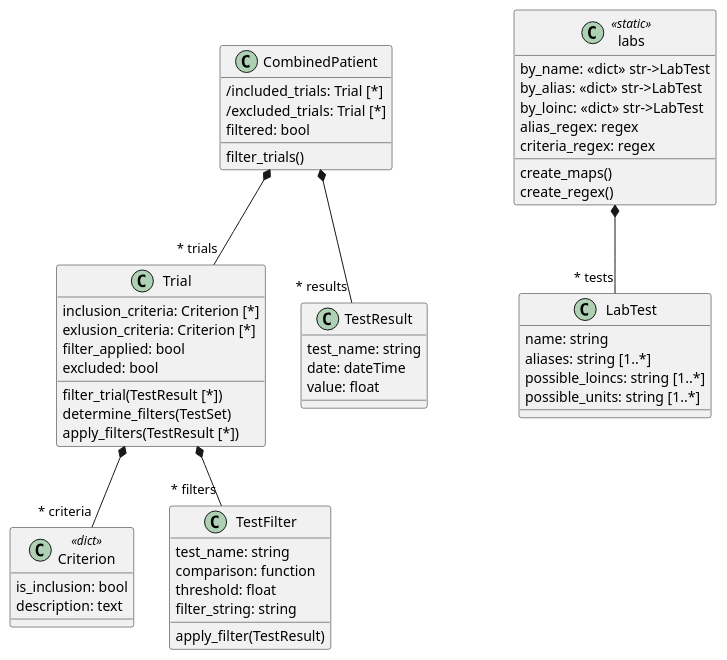
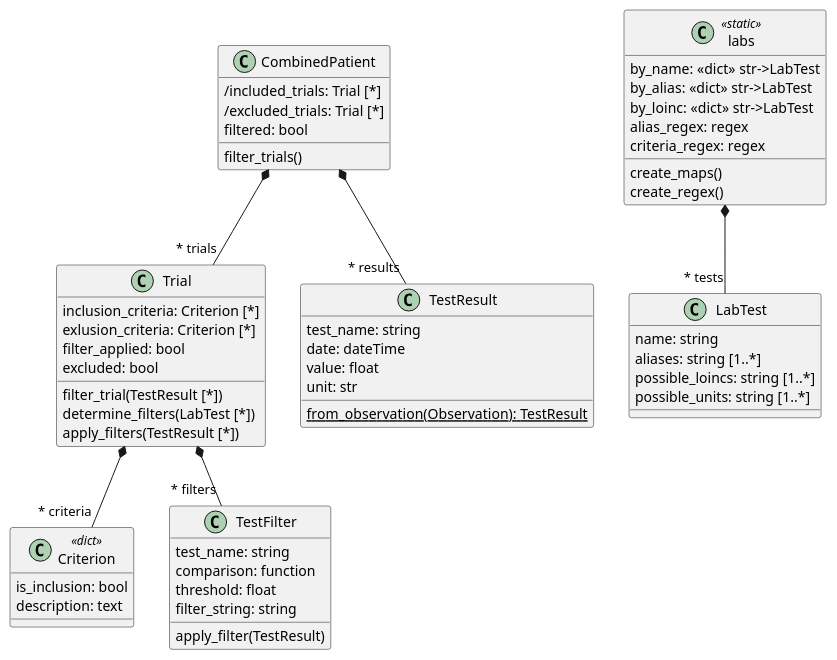
One commit to girls-computing-league/clinical-trial-selector changed the diagram in models/trial_model.md. Above: the diagram before and after it, drawn with PlantUML. The commit also changed 6 other files, not shown here.

````diff
--- a/models/trial_model.md
+++ b/models/trial_model.md
@@ -8,56 +8,58 @@
 ```plantuml
 @startuml trialmodel
     class CombinedPatient {
         /included_trials: Trial [*]
         /excluded_trials: Trial [*]
         filtered: bool
         filter_trials()
     }
     class Trial {
         inclusion_criteria: Criterion [*]
         exlusion_criteria: Criterion [*]
         filter_applied: bool
         excluded: bool
         filter_trial(TestResult [*])
-        determine_filters(TestSet)
+        determine_filters(LabTest [*])
         apply_filters(TestResult [*])
     }
     class Criterion <<dict>> {
         is_inclusion: bool
         description: text
     }
     class TestFilter {
         test_name: string
         comparison: function
         threshold: float
         filter_string: string
         apply_filter(TestResult)
     }
     class LabTest {
         name: string
         aliases: string [1..*]
         possible_loincs: string [1..*]
         possible_units: string [1..*]
     }
     class labs <<static>> {
         by_name: <<dict>> str->LabTest
         by_alias: <<dict>> str->LabTest
         by_loinc: <<dict>> str->LabTest
         alias_regex: regex
         criteria_regex: regex
         create_maps()
         create_regex()
     }
     class TestResult {
         test_name: string
         date: dateTime
         value: float
+        unit: str
+        {static} from_observation(Observation): TestResult
     }
 
     CombinedPatient *-- "~* trials" Trial
     CombinedPatient *-- "~* results" TestResult
     Trial *-- "~* filters" TestFilter 
     Trial *-- "~* criteria" Criterion 
     labs *-- "~* tests" LabTest 
 @enduml
 ```
````
